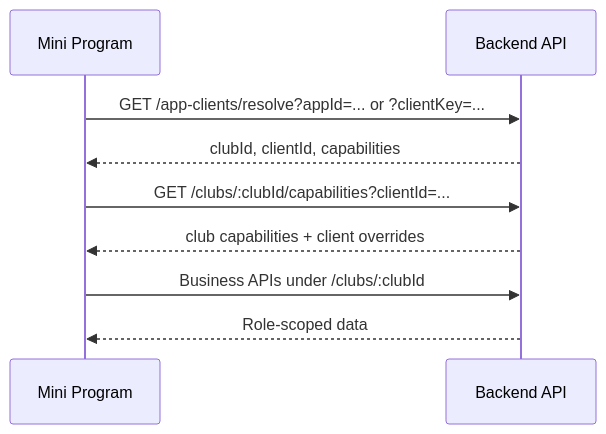
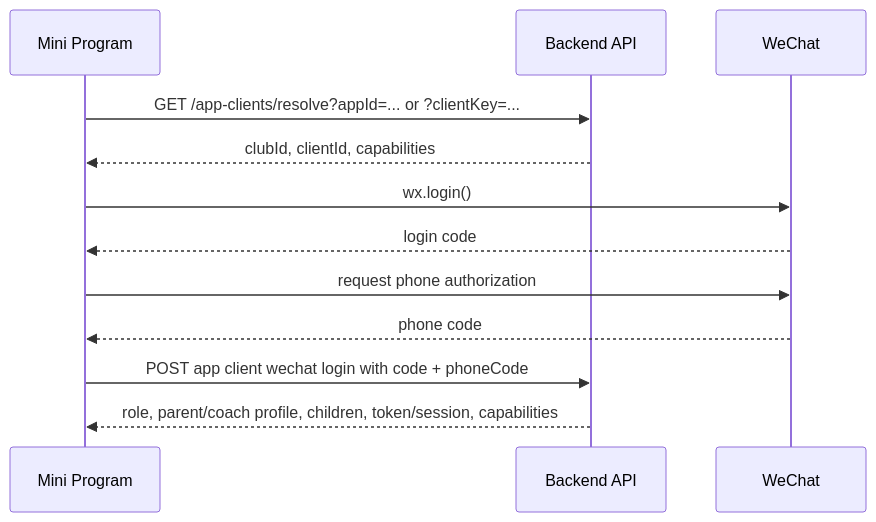
Before and after one commit to haokun3127/football-club-management: the diagram in docs/miniprogram-product-design-cq-talent.md, drawn with Mermaid. The commit also changed other lines of this file and 10 other files, not shown here.

````diff
--- a/docs/miniprogram-product-design-cq-talent.md
+++ b/docs/miniprogram-product-design-cq-talent.md
@@ -59,11 +34,14 @@
 ```mermaid
 sequenceDiagram
   participant MP as Mini Program
   participant API as Backend API
+  participant WX as WeChat
   MP->>API: GET /app-clients/resolve?appId=... or ?clientKey=...
   API-->>MP: clubId, clientId, capabilities
-  MP->>API: GET /clubs/:clubId/capabilities?clientId=...
-  API-->>MP: club capabilities + client overrides
-  MP->>API: Business APIs under /clubs/:clubId
-  API-->>MP: Role-scoped data
+  MP->>WX: wx.login()
+  WX-->>MP: login code
+  MP->>WX: request phone authorization
+  WX-->>MP: phone code
+  MP->>API: POST app client wechat login with code + phoneCode
+  API-->>MP: role, parent/coach profile, children, token/session, capabilities
 ```
````
